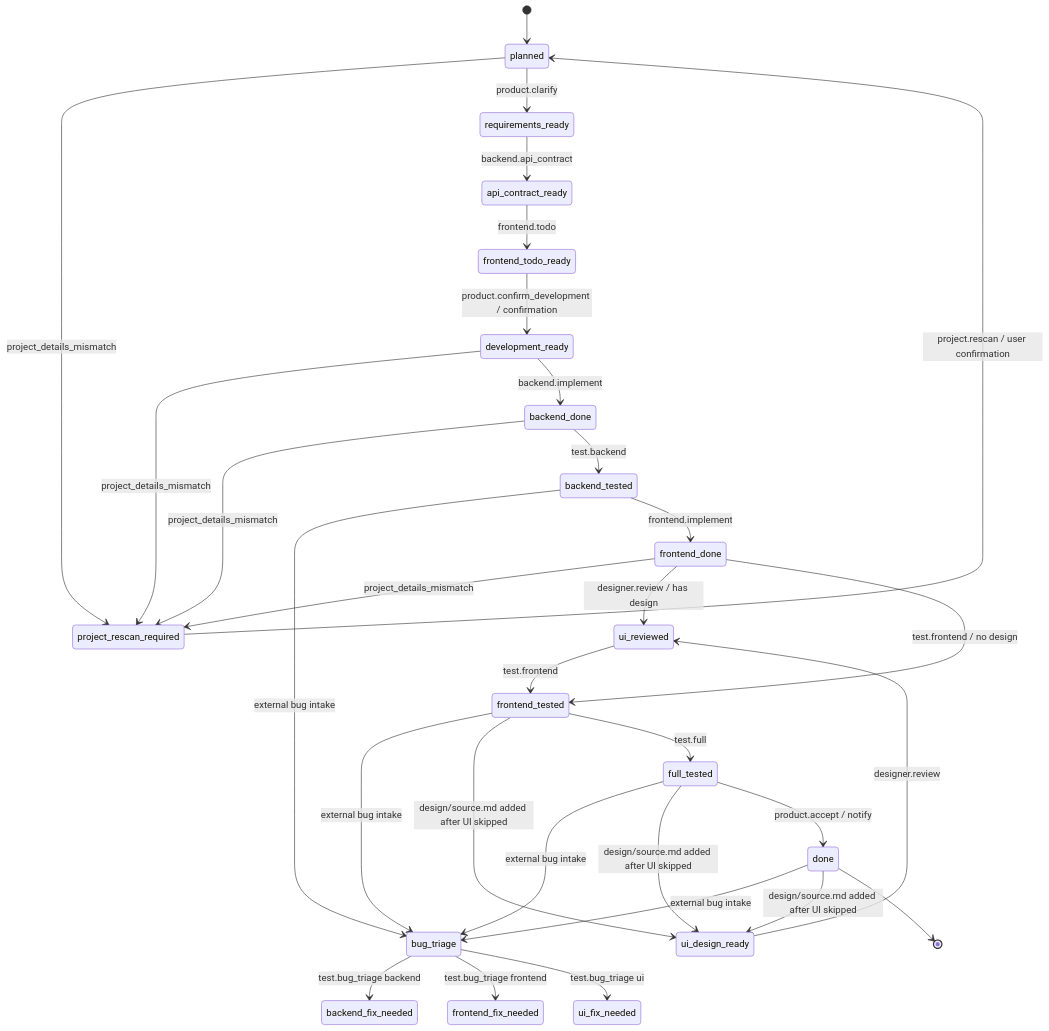
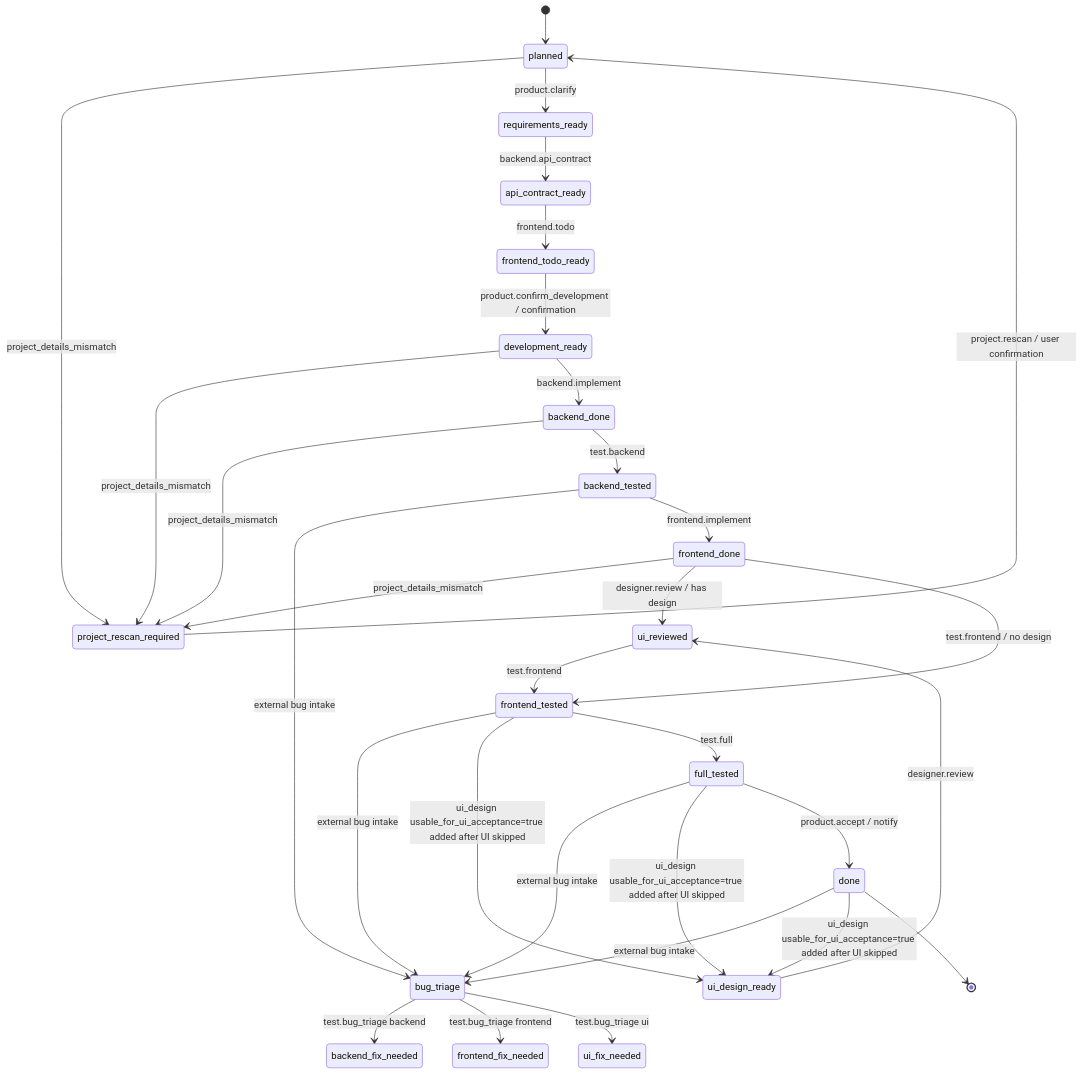
The fourth of 6 diagrams in docs/ARCHITECTURE.md (Jasmine-dong/skill_flow), drawn with Mermaid before and after one commit. The commit also changed other lines of this file and 13 other files, not shown here.

````diff
--- a/docs/ARCHITECTURE.md
+++ b/docs/ARCHITECTURE.md
@@ -141,33 +141,33 @@
 ```mermaid
 stateDiagram-v2
   [*] --> planned
   planned --> project_rescan_required: project_details_mismatch
   development_ready --> project_rescan_required: project_details_mismatch
   backend_done --> project_rescan_required: project_details_mismatch
   frontend_done --> project_rescan_required: project_details_mismatch
   project_rescan_required --> planned: project.rescan / user confirmation
   planned --> requirements_ready: product.clarify
   done --> bug_triage: external bug intake
   full_tested --> bug_triage: external bug intake
   backend_tested --> bug_triage: external bug intake
   frontend_tested --> bug_triage: external bug intake
   bug_triage --> backend_fix_needed: test.bug_triage backend
   bug_triage --> frontend_fix_needed: test.bug_triage frontend
   bug_triage --> ui_fix_needed: test.bug_triage ui
   requirements_ready --> api_contract_ready: backend.api_contract
   api_contract_ready --> frontend_todo_ready: frontend.todo
   frontend_todo_ready --> development_ready: product.confirm_development / confirmation
   development_ready --> backend_done: backend.implement
   backend_done --> backend_tested: test.backend
   backend_tested --> frontend_done: frontend.implement
   frontend_done --> ui_reviewed: designer.review / has design
   frontend_done --> frontend_tested: test.frontend / no design
-  frontend_tested --> ui_design_ready: design/source.md added after UI skipped
-  full_tested --> ui_design_ready: design/source.md added after UI skipped
-  done --> ui_design_ready: design/source.md added after UI skipped
+  frontend_tested --> ui_design_ready: ui_design usable_for_ui_acceptance=true added after UI skipped
+  full_tested --> ui_design_ready: ui_design usable_for_ui_acceptance=true added after UI skipped
+  done --> ui_design_ready: ui_design usable_for_ui_acceptance=true added after UI skipped
   ui_design_ready --> ui_reviewed: designer.review
   ui_reviewed --> frontend_tested: test.frontend
   frontend_tested --> full_tested: test.full
   full_tested --> done: product.accept / notify
   done --> [*]
 ```
````
